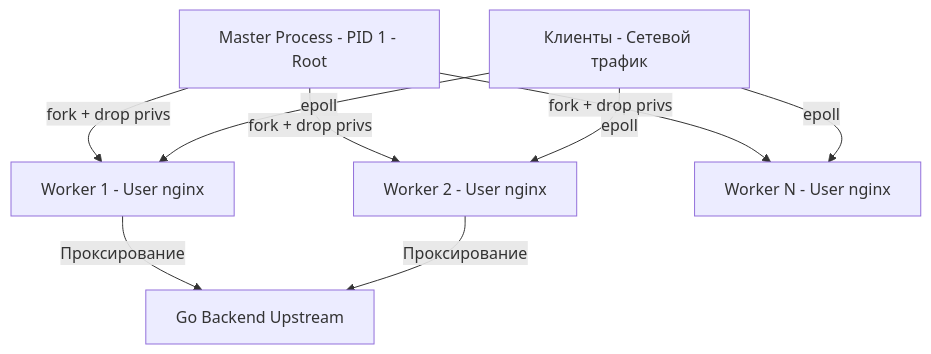
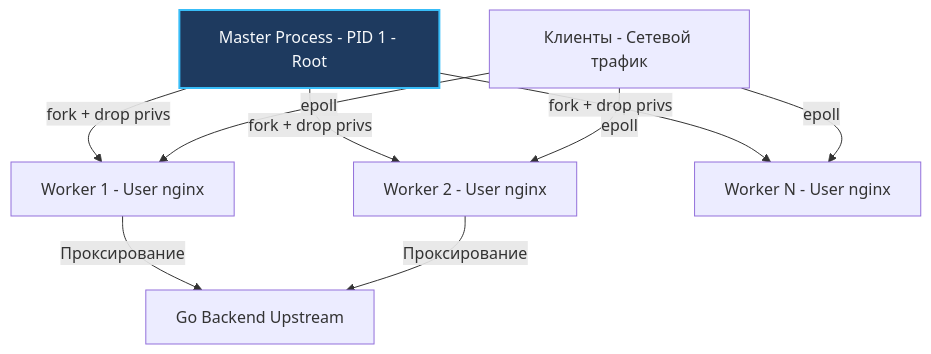
Before and after one commit to UnrealTemplier/go-textbook: the first of 3 diagrams in sources/19. Инфраструктура. Linux, nginx, Docker, Kubernetes/02. nginx/1. nginx. Архитектура.md, drawn with Mermaid. The commit also changed other lines of this file and 1666 other files, not shown here.

First line of the commit message:
feat(mermaid): add semantic color classDef to 1369 colorless flowchart/graph diagrams

````diff
--- a/sources/19. Инфраструктура. Linux, nginx, Docker, Kubernetes/02. nginx/1. nginx. Архитектура.md
+++ b/sources/19. Инфраструктура. Linux, nginx, Docker, Kubernetes/02. nginx/1. nginx. Архитектура.md
@@ -30,11 +30,21 @@
 ```mermaid
 flowchart TD
-    A["Master Process - PID 1 - Root"] -->|"fork + drop privs"| B["Worker 1 - User nginx"]
+    classDef process  fill:#1e293b,stroke:#38bdf8,stroke-width:1px,color:#f8fafc
+    classDef success  fill:#064e3b,stroke:#34d399,stroke-width:1px,color:#f8fafc
+    classDef error    fill:#7f1d1d,stroke:#f87171,stroke-width:1px,color:#f8fafc
+    classDef warning  fill:#78350f,stroke:#fbbf24,stroke-width:1px,color:#f8fafc
+    classDef entry    fill:#1e3a5f,stroke:#38bdf8,stroke-width:2px,color:#f8fafc
+    classDef aux      fill:#334155,stroke:#64748b,stroke-width:1px,color:#f8fafc
+    classDef system   fill:#312e81,stroke:#a78bfa,stroke-width:1px,color:#f8fafc
+    classDef data     fill:#132d29,stroke:#2dd4bf,stroke-width:1px,color:#f8fafc
+    classDef network  fill:#881337,stroke:#fb7185,stroke-width:1px,color:#f8fafc
+    classDef accent   fill:#1e1b4b,stroke:#818cf8,stroke-width:1px,color:#f8fafc
+    A["Master Process - PID 1 - Root"]:::entry -->|"fork + drop privs"| B["Worker 1 - User nginx"]
     A -->|"fork + drop privs"| C["Worker 2 - User nginx"]
     A -->|"fork + drop privs"| D["Worker N - User nginx"]
     E["Клиенты - Сетевой трафик"] -->|"epoll"| B
     E -->|"epoll"| C
     E -->|"epoll"| D
     B -->|"Проксирование"| F["Go Backend Upstream"]
     C -->|"Проксирование"| F
 ```
````
